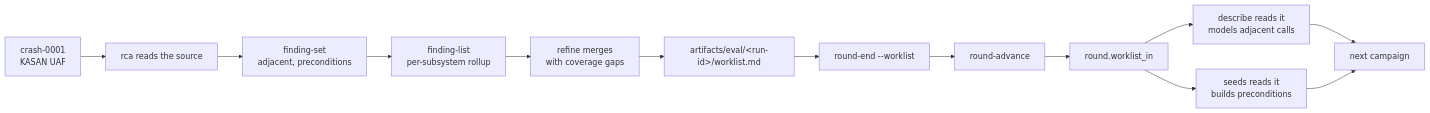
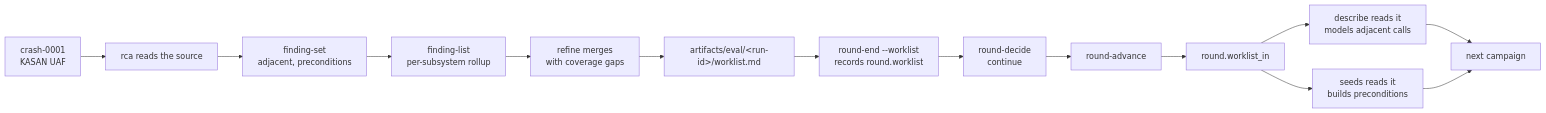
One commit to Indspl0it/gspwn changed the diagram in docs/src/content/docs/guides/steering-the-next-round.md. Above: the diagram before and after it, drawn with Mermaid. The commit also changed other lines of this file and 129 other files, not shown here.

````diff
--- a/docs/src/content/docs/guides/steering-the-next-round.md
+++ b/docs/src/content/docs/guides/steering-the-next-round.md
@@ -15,15 +15,16 @@
 ```mermaid
 flowchart LR
   C["crash-0001<br/>KASAN UAF"] --> RCA["rca reads the source"]
   RCA --> FS["finding-set<br/>adjacent, preconditions"]
   FS --> FL["finding-list<br/>per-subsystem rollup"]
   FL --> RF["refine merges<br/>with coverage gaps"]
   RF --> WL["artifacts/eval/&lt;run-id&gt;/worklist.md"]
-  WL --> RE["round-end --worklist"]
-  RE --> RA["round-advance"]
+  WL --> RE["round-end --worklist<br/>records round.worklist"]
+  RE --> DE["round-decide<br/>continue"]
+  DE --> RA["round-advance"]
   RA --> WI["round.worklist_in"]
   WI --> D["describe reads it<br/>models adjacent calls"]
   WI --> S["seeds reads it<br/>builds preconditions"]
   D --> NC["next campaign"]
   S --> NC
 ```
````
